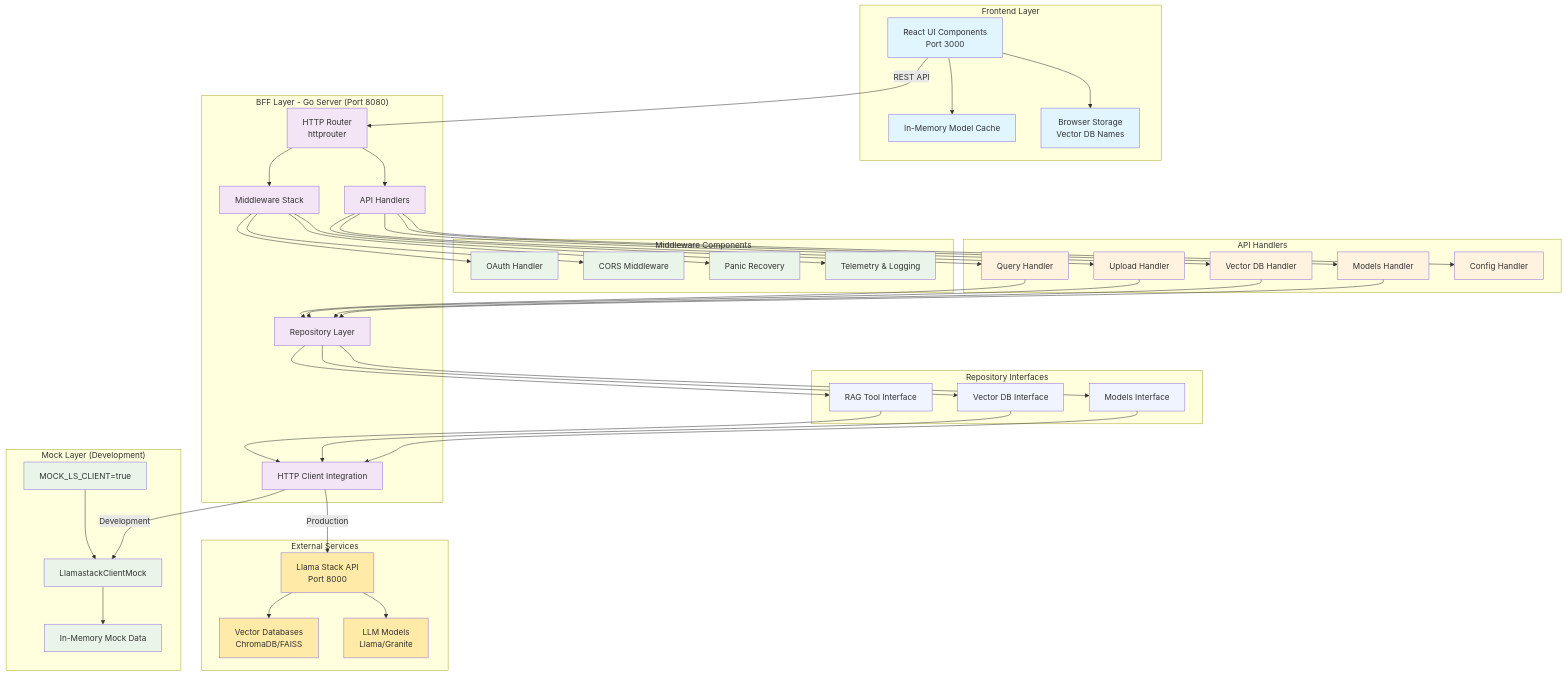
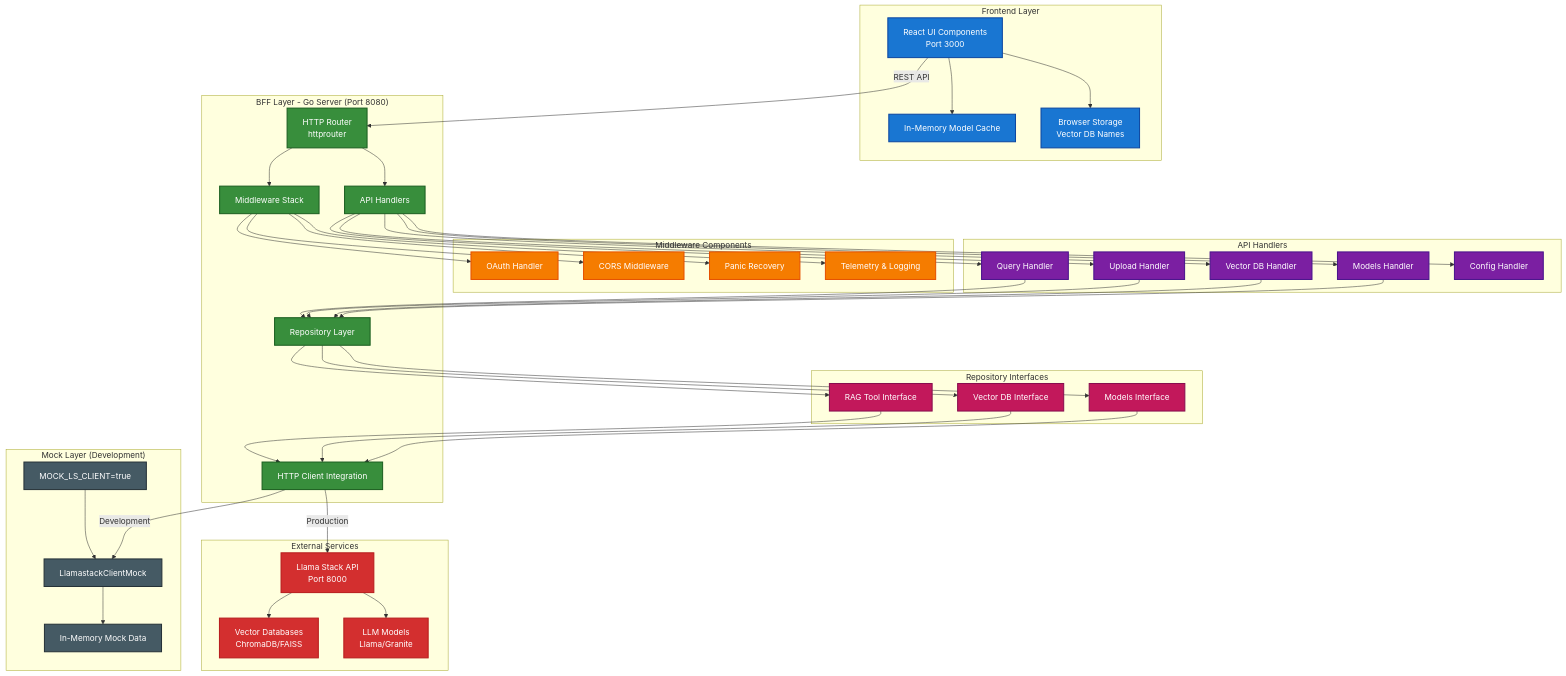
One commit to opendatahub-io/odh-dashboard changed the first of 2 diagrams in frontend/packages/llama-stack-modular-ui/docs/adr/0002-bff-architecture-pattern.md. Above: the diagram before and after it, drawn with Mermaid. The commit also changed other lines of this file, not shown here.

Commit message:
updated architecture

```diff
--- a/frontend/packages/llama-stack-modular-ui/docs/adr/0002-bff-architecture-pattern.md
+++ b/frontend/packages/llama-stack-modular-ui/docs/adr/0002-bff-architecture-pattern.md
@@ -156,13 +156,13 @@
     LS --> VectorStore
     LS --> LLMModels
     
-    classDef frontend fill:#e1f5fe
-    classDef bff fill:#f3e5f5
-    classDef middleware fill:#e8f5e8
-    classDef handlers fill:#fff3e0
-    classDef repos fill:#f0f4ff
-    classDef mock fill:#e8f5e8
-    classDef external fill:#ffeaa7
+    classDef frontend fill:#1976d2,stroke:#0d47a1,stroke-width:2px,color:#ffffff
+    classDef bff fill:#388e3c,stroke:#1b5e20,stroke-width:2px,color:#ffffff
+    classDef middleware fill:#f57c00,stroke:#e65100,stroke-width:2px,color:#ffffff
+    classDef handlers fill:#7b1fa2,stroke:#4a148c,stroke-width:2px,color:#ffffff
+    classDef repos fill:#c2185b,stroke:#880e4f,stroke-width:2px,color:#ffffff
+    classDef mock fill:#455a64,stroke:#263238,stroke-width:2px,color:#ffffff
+    classDef external fill:#d32f2f,stroke:#b71c1c,stroke-width:2px,color:#ffffff
     
     class UI,Cache,BrowserCache frontend
     class Router,Middleware,Handlers,Repos,Integration bff
```
